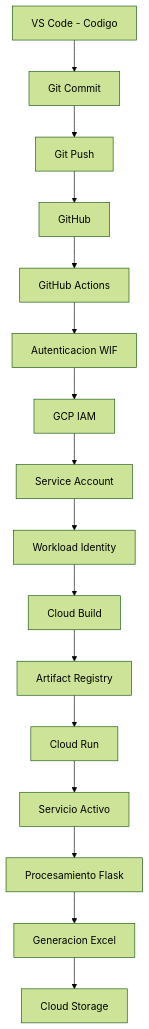
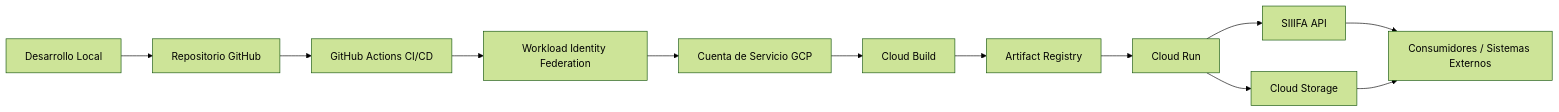
The diagram in README.md (juancortespositiva/cuentasmedicas-siifa), drawn with Mermaid (forest theme) before and after one commit.

Commit message:
documentacion blueprint proyecto

````diff
--- a/README.md
+++ b/README.md
@@ -36,23 +37,20 @@
 ```mermaid
-flowchart TD
+flowchart LR
 
-A[VS Code - Codigo] --> B[Git Commit]
-B --> C[Git Push]
-C --> D[GitHub]
+Dev[Desarrollo Local] --> Repo[Repositorio GitHub]
+Repo --> CI[GitHub Actions CI/CD]
 
-D --> E[GitHub Actions]
-E --> F[Autenticacion WIF]
-F --> G[GCP IAM]
+CI --> Auth[Workload Identity Federation]
+Auth --> IAM[Cuenta de Servicio GCP]
 
-G --> H[Service Account]
-H --> I[Workload Identity]
+IAM --> Build[Cloud Build]
+Build --> Registry[Artifact Registry]
 
-I --> J[Cloud Build]
-J --> K[Artifact Registry]
+Registry --> Run[Cloud Run]
 
-K --> L[Cloud Run]
-L --> M[Servicio Activo]
-M --> N[Procesamiento Flask]
-N --> O[Generacion Excel]
-O --> P[Cloud Storage]
+Run --> Storage[Cloud Storage]
+Run --> API[SIIIFA API]
+
+API --> Users[Consumidores / Sistemas Externos]
+Storage --> Users
 ```
````
